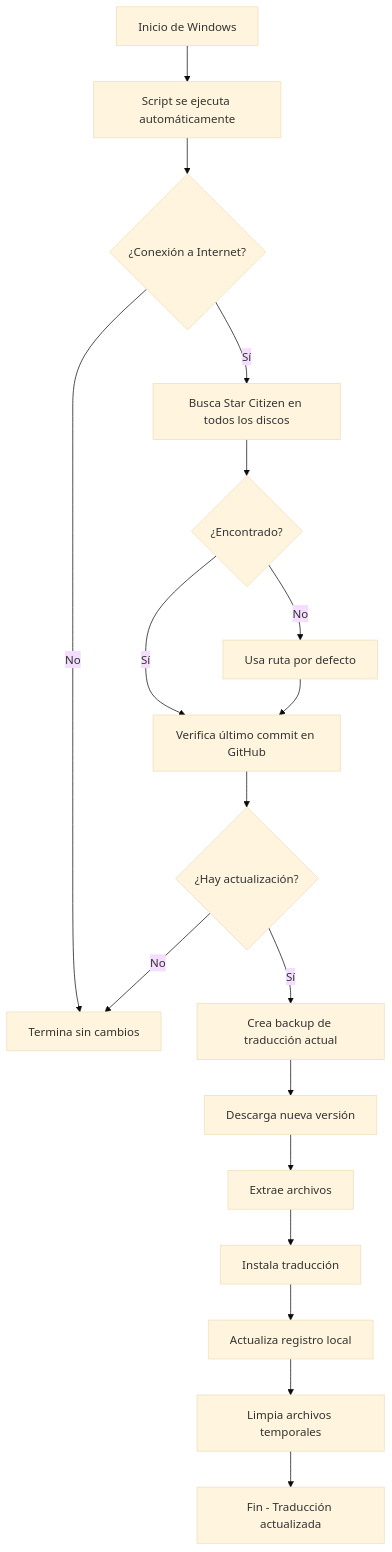
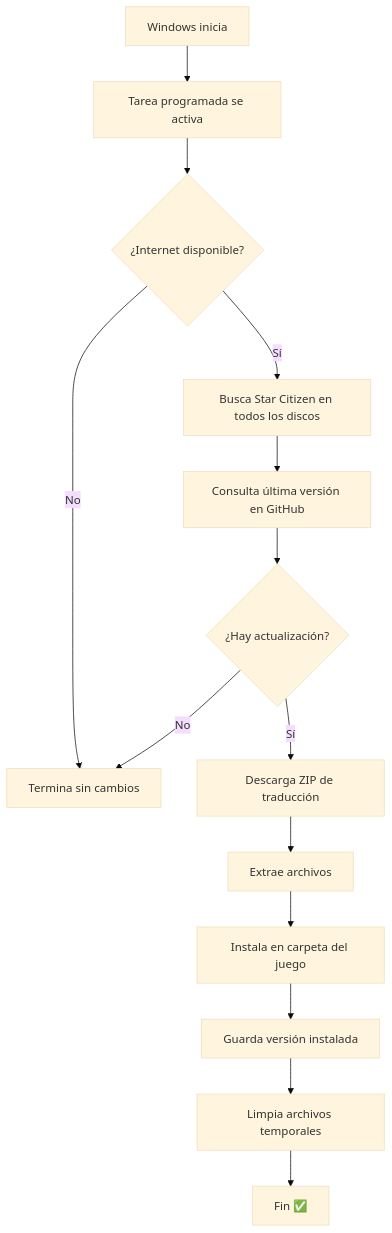
Before and after one commit to Raksiusdev/SC-LangUPD_ES: the diagram in README.md, drawn with Mermaid (base theme). The commit also changed other lines of this file, not shown here.

````diff
--- a/README.md
+++ b/README.md
@@ -112,20 +216,16 @@
 ```mermaid
 graph TD
-    A[Inicio de Windows] --> B[Script se ejecuta automáticamente]
-    B --> C{¿Conexión a Internet?}
+    A[Windows inicia] --> B[Tarea programada se activa]
+    B --> C{¿Internet disponible?}
     C -->|No| D[Termina sin cambios]
     C -->|Sí| E[Busca Star Citizen en todos los discos]
-    E --> F{¿Encontrado?}
-    F -->|No| G[Usa ruta por defecto]
-    F -->|Sí| H[Verifica último commit en GitHub]
-    G --> H
-    H --> I{¿Hay actualización?}
-    I -->|No| D
-    I -->|Sí| J[Crea backup de traducción actual]
-    J --> K[Descarga nueva versión]
-    K --> L[Extrae archivos]
-    L --> M[Instala traducción]
-    M --> N[Actualiza registro local]
-    N --> O[Limpia archivos temporales]
-    O --> P[Fin - Traducción actualizada]
+    E --> F[Consulta última versión en GitHub]
+    F --> G{¿Hay actualización?}
+    G -->|No| D
+    G -->|Sí| H[Descarga ZIP de traducción]
+    H --> I[Extrae archivos]
+    I --> J[Instala en carpeta del juego]
+    J --> K[Guarda versión instalada]
+    K --> L[Limpia archivos temporales]
+    L --> M[Fin ✅]
 ```
````
